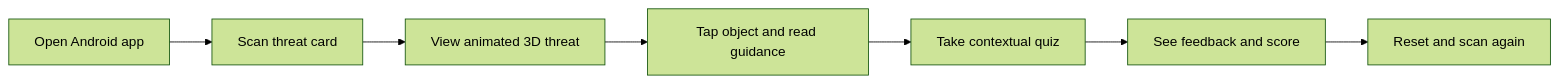
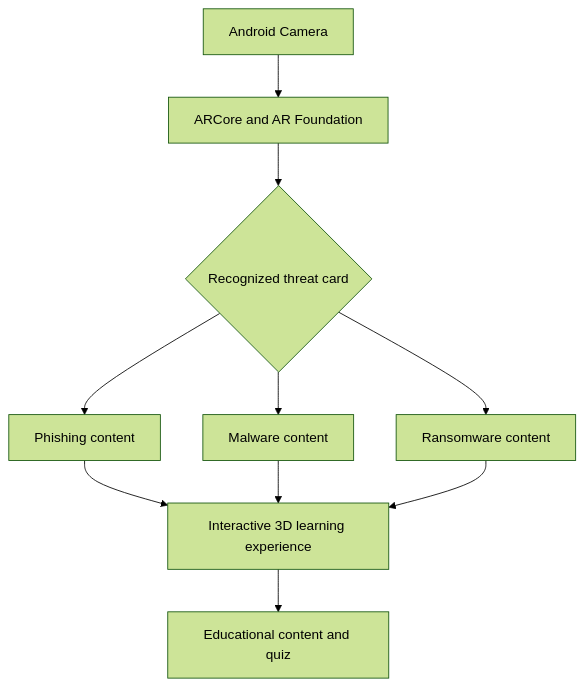
Before and after one commit to DrBham/CYBER-THREAT-AR: the diagram in README.md, drawn with Mermaid (forest theme). The commit also changed other lines of this file and 58 other files, not shown here.

````diff
--- a/README.md
+++ b/README.md
@@ -55,9 +109,12 @@
 ```mermaid
-flowchart LR
-    A[Open Android app] --> B[Scan threat card]
-    B --> C[View animated 3D threat]
-    C --> D[Tap object and read guidance]
-    D --> E[Take contextual quiz]
-    E --> F[See feedback and score]
-    F --> G[Reset and scan again]
+flowchart TD
+    A[Android Camera] --> B[ARCore and AR Foundation]
+    B --> C{Recognized threat card}
+    C --> D[Phishing content]
+    C --> E[Malware content]
+    C --> F[Ransomware content]
+    D --> G[Interactive 3D learning experience]
+    E --> G
+    F --> G
+    G --> H[Educational content and quiz]
 ```
````
